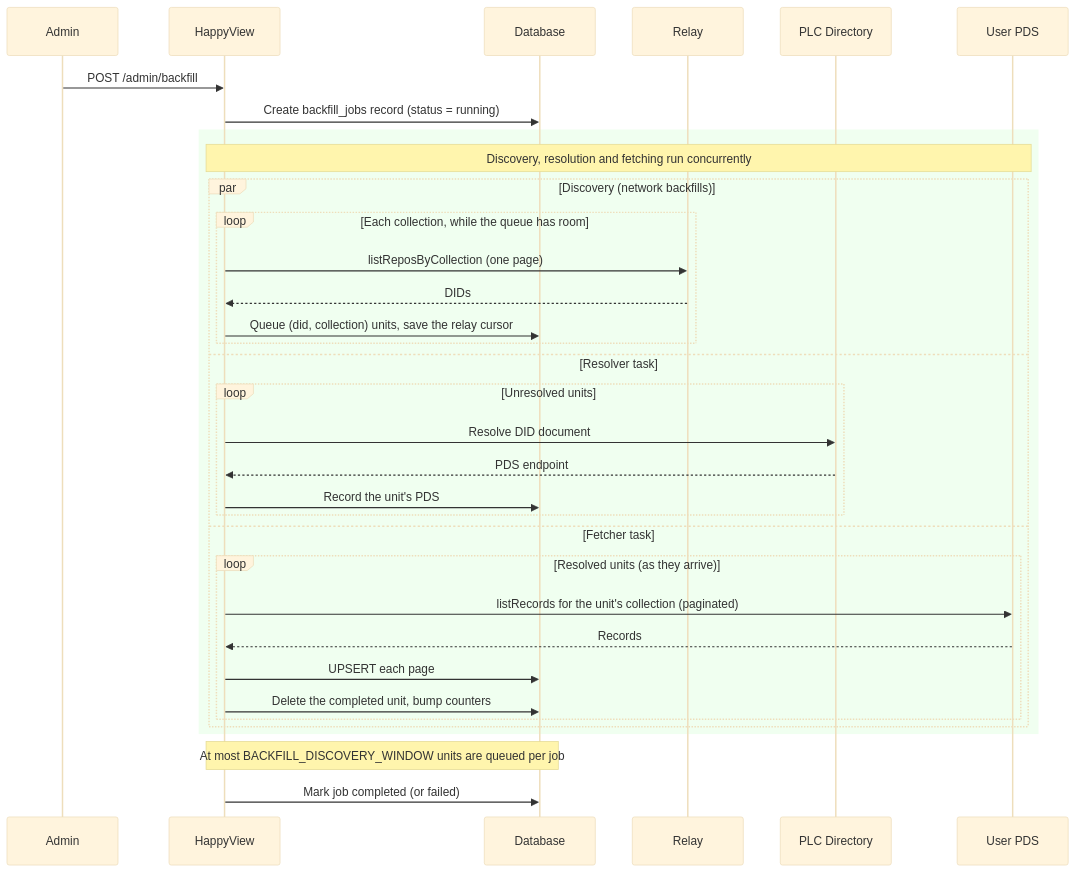
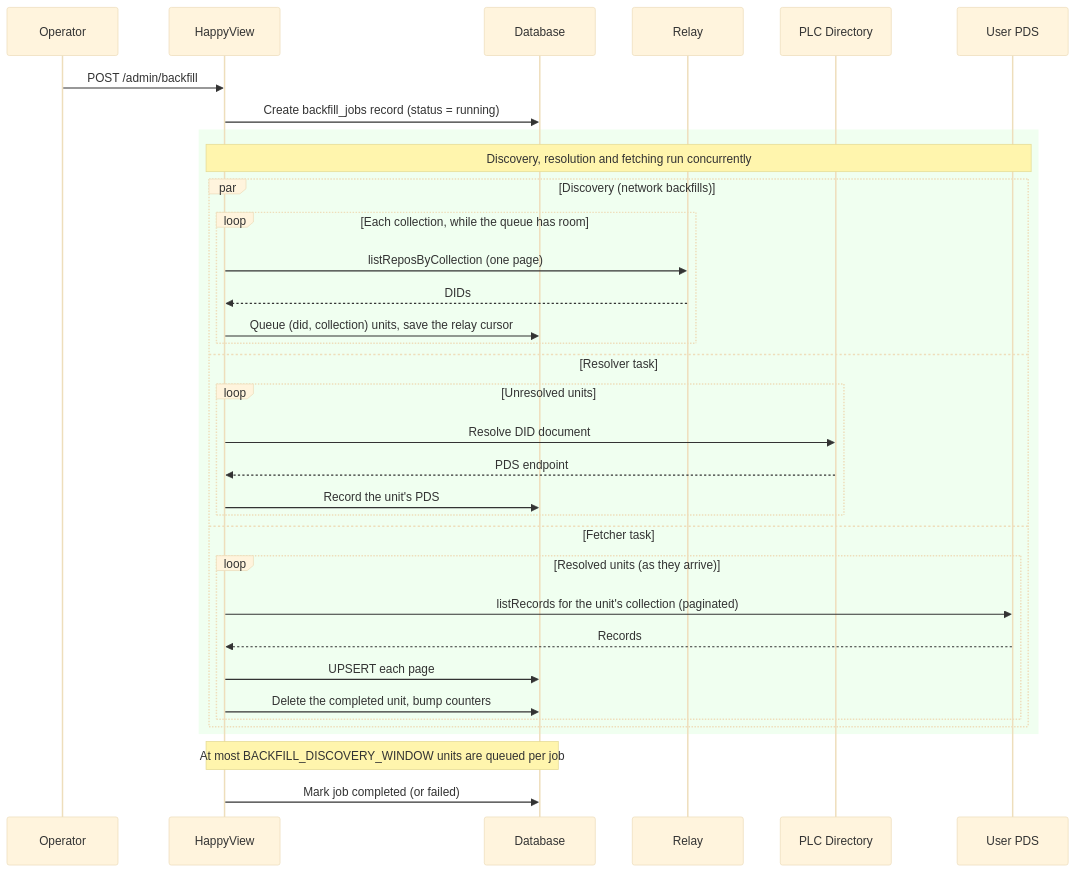
The seventh of 7 diagrams in src/content/docs/docs/architecture/index.md (happyproto/happyview-docs), drawn with Mermaid (base theme) before and after one commit. The commit also changed other lines of this file and 126 other files, not shown here.

````diff
--- a/src/content/docs/docs/architecture/index.md
+++ b/src/content/docs/docs/architecture/index.md
@@ -186,40 +214,40 @@
 ```mermaid
 sequenceDiagram
     accTitle: Backfill
-    participant A as Admin
+    participant A as Operator
     participant H as HappyView
     participant D as Database
     participant Relay as Relay
     participant PLC as PLC Directory
     participant PDS as User PDS
 
     A->>H: POST /admin/backfill
     H->>D: Create backfill_jobs record (status = running)
 
     rect rgb(240, 255, 240)
     note over H,PDS: Discovery, resolution and fetching run concurrently
     par Discovery (network backfills)
         loop Each collection, while the queue has room
             H->>Relay: listReposByCollection (one page)
             Relay-->>H: DIDs
             H->>D: Queue (did, collection) units, save the relay cursor
         end
     and Resolver task
         loop Unresolved units
             H->>PLC: Resolve DID document
             PLC-->>H: PDS endpoint
             H->>D: Record the unit's PDS
         end
     and Fetcher task
         loop Resolved units (as they arrive)
             H->>PDS: listRecords for the unit's collection (paginated)
             PDS-->>H: Records
             H->>D: UPSERT each page
             H->>D: Delete the completed unit, bump counters
         end
     end
     end
     Note over H,D: At most BACKFILL_DISCOVERY_WINDOW units are queued per job
 
     H->>D: Mark job completed (or failed)
 ```
````
